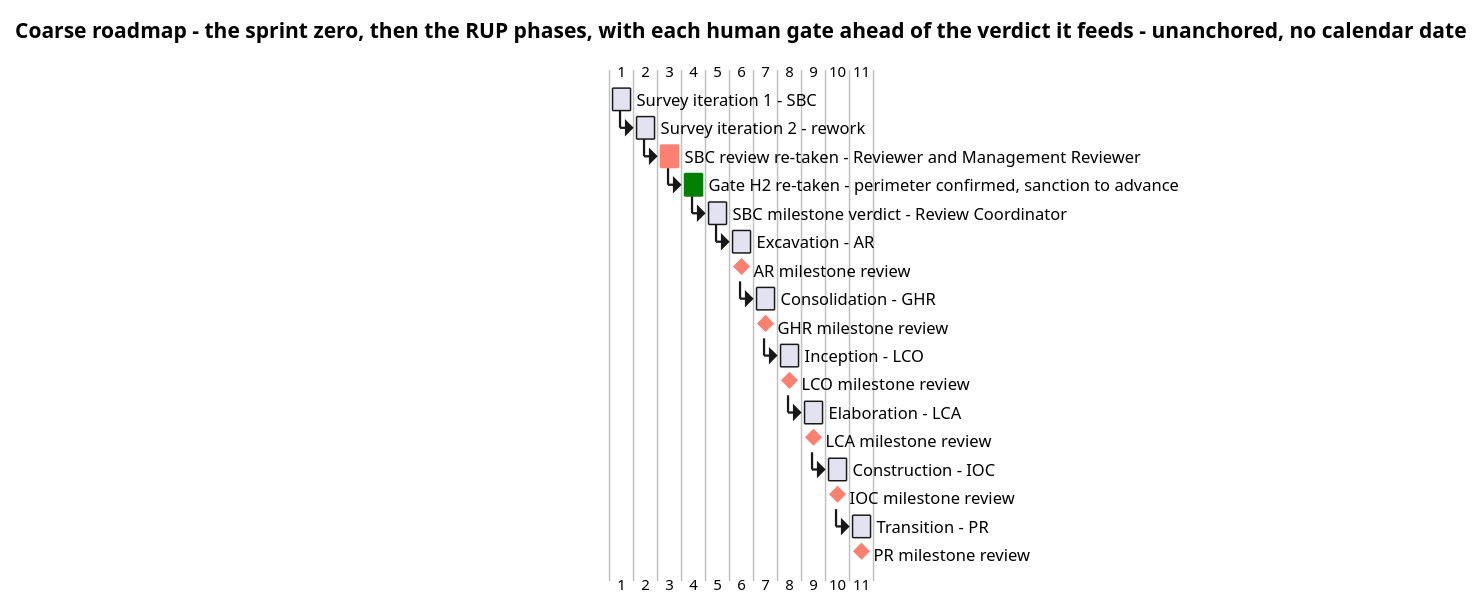
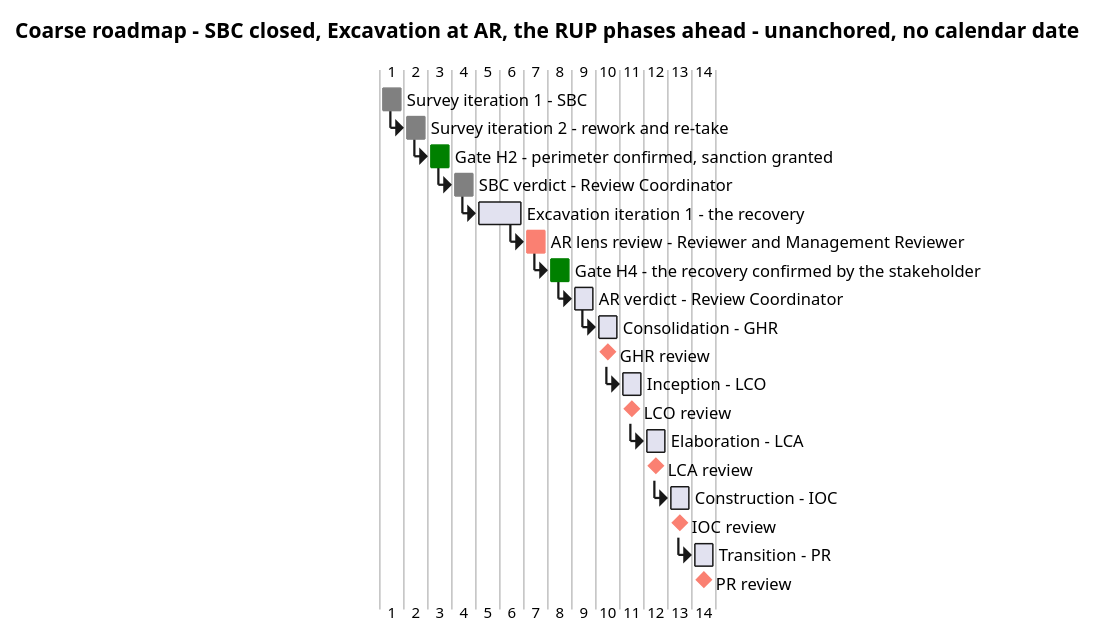
The first of 4 diagrams in docs/artifacts/project-management/iteration-plan.md (banense-test/TodoApp), drawn with PlantUML before and after one commit. The commit also changed other lines of this file, not shown here.

First line of the commit message:
Project Manager [Excavation1]: upsert Iteration Plan

````diff
--- a/docs/artifacts/project-management/iteration-plan.md
+++ b/docs/artifacts/project-management/iteration-plan.md
@@ -34,41 +28,47 @@
 ```plantuml
 @startgantt
-title Coarse roadmap - the sprint zero, then the RUP phases, with each human gate ahead of the verdict it feeds - unanchored, no calendar date
+title Coarse roadmap - SBC closed, Excavation at AR, the RUP phases ahead - unanchored, no calendar date
 
 [Survey iteration 1 - SBC] lasts 1 day
-[Survey iteration 2 - rework] lasts 1 day
-[Survey iteration 2 - rework] starts at [Survey iteration 1 - SBC]'s end
-[SBC review re-taken - Reviewer and Management Reviewer] lasts 1 day
-[SBC review re-taken - Reviewer and Management Reviewer] starts at [Survey iteration 2 - rework]'s end
-[SBC review re-taken - Reviewer and Management Reviewer] is colored in Salmon
-[Gate H2 re-taken - perimeter confirmed, sanction to advance] lasts 1 day
-[Gate H2 re-taken - perimeter confirmed, sanction to advance] starts at [SBC review re-taken - Reviewer and Management Reviewer]'s end
-[Gate H2 re-taken - perimeter confirmed, sanction to advance] is colored in Green
-[SBC milestone verdict - Review Coordinator] lasts 1 day
-[SBC milestone verdict - Review Coordinator] starts at [Gate H2 re-taken - perimeter confirmed, sanction to advance]'s end
-[Excavation - AR] lasts 1 day
-[Excavation - AR] starts at [SBC milestone verdict - Review Coordinator]'s end
-[AR milestone review] happens at [Excavation - AR]'s end
-[AR milestone review] is colored in Salmon
+[Survey iteration 1 - SBC] is colored in Gray
+[Survey iteration 2 - rework and re-take] lasts 1 day
+[Survey iteration 2 - rework and re-take] starts at [Survey iteration 1 - SBC]'s end
+[Survey iteration 2 - rework and re-take] is colored in Gray
+[Gate H2 - perimeter confirmed, sanction granted] lasts 1 day
+[Gate H2 - perimeter confirmed, sanction granted] starts at [Survey iteration 2 - rework and re-take]'s end
+[Gate H2 - perimeter confirmed, sanction granted] is colored in Green
+[SBC verdict - Review Coordinator] lasts 1 day
+[SBC verdict - Review Coordinator] starts at [Gate H2 - perimeter confirmed, sanction granted]'s end
+[SBC verdict - Review Coordinator] is colored in Gray
+[Excavation iteration 1 - the recovery] lasts 2 days
+[Excavation iteration 1 - the recovery] starts at [SBC verdict - Review Coordinator]'s end
+[AR lens review - Reviewer and Management Reviewer] lasts 1 day
+[AR lens review - Reviewer and Management Reviewer] starts at [Excavation iteration 1 - the recovery]'s end
+[AR lens review - Reviewer and Management Reviewer] is colored in Salmon
+[Gate H4 - the recovery confirmed by the stakeholder] lasts 1 day
+[Gate H4 - the recovery confirmed by the stakeholder] starts at [AR lens review - Reviewer and Management Reviewer]'s end
+[Gate H4 - the recovery confirmed by the stakeholder] is colored in Green
+[AR verdict - Review Coordinator] lasts 1 day
+[AR verdict - Review Coordinator] starts at [Gate H4 - the recovery confirmed by the stakeholder]'s end
 [Consolidation - GHR] lasts 1 day
-[Consolidation - GHR] starts at [AR milestone review]'s end
-[GHR milestone review] happens at [Consolidation - GHR]'s end
-[GHR milestone review] is colored in Salmon
+[Consolidation - GHR] starts at [AR verdict - Review Coordinator]'s end
+[GHR review] happens at [Consolidation - GHR]'s end
+[GHR review] is colored in Salmon
 [Inception - LCO] lasts 1 day
-[Inception - LCO] starts at [GHR milestone review]'s end
-[LCO milestone review] happens at [Inception - LCO]'s end
-[LCO milestone review] is colored in Salmon
+[Inception - LCO] starts at [GHR review]'s end
+[LCO review] happens at [Inception - LCO]'s end
+[LCO review] is colored in Salmon
 [Elaboration - LCA] lasts 1 day
-[Elaboration - LCA] starts at [LCO milestone review]'s end
-[LCA milestone review] happens at [Elaboration - LCA]'s end
-[LCA milestone review] is colored in Salmon
+[Elaboration - LCA] starts at [LCO review]'s end
+[LCA review] happens at [Elaboration - LCA]'s end
+[LCA review] is colored in Salmon
 [Construction - IOC] lasts 1 day
-[Construction - IOC] starts at [LCA milestone review]'s end
-[IOC milestone review] happens at [Construction - IOC]'s end
-[IOC milestone review] is colored in Salmon
+[Construction - IOC] starts at [LCA review]'s end
+[IOC review] happens at [Construction - IOC]'s end
+[IOC review] is colored in Salmon
 [Transition - PR] lasts 1 day
-[Transition - PR] starts at [IOC milestone review]'s end
-[PR milestone review] happens at [Transition - PR]'s end
-[PR milestone review] is colored in Salmon
+[Transition - PR] starts at [IOC review]'s end
+[PR review] happens at [Transition - PR]'s end
+[PR review] is colored in Salmon
 @endgantt
 ```
````
